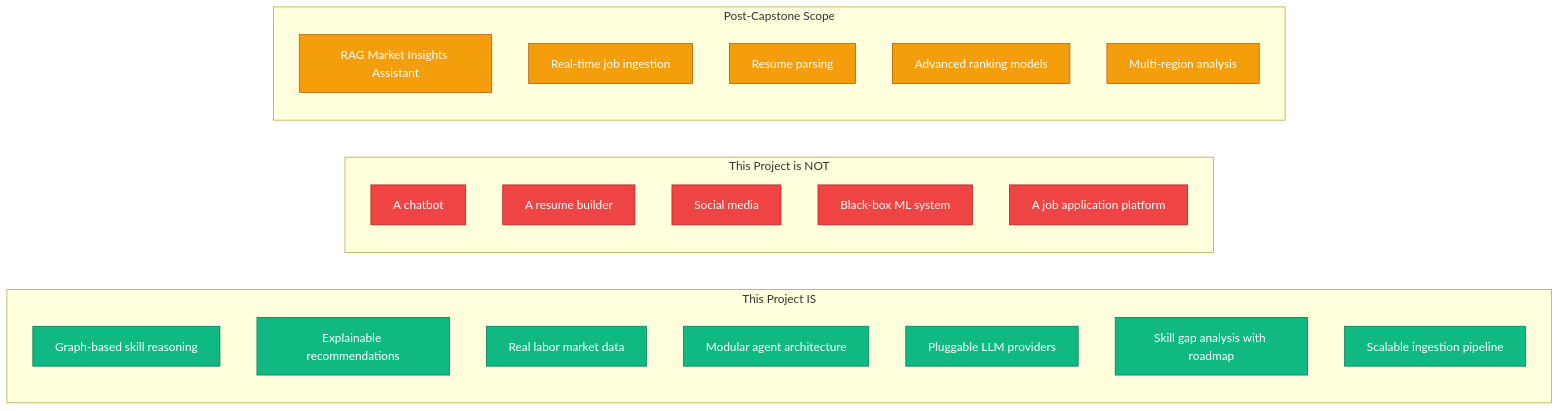
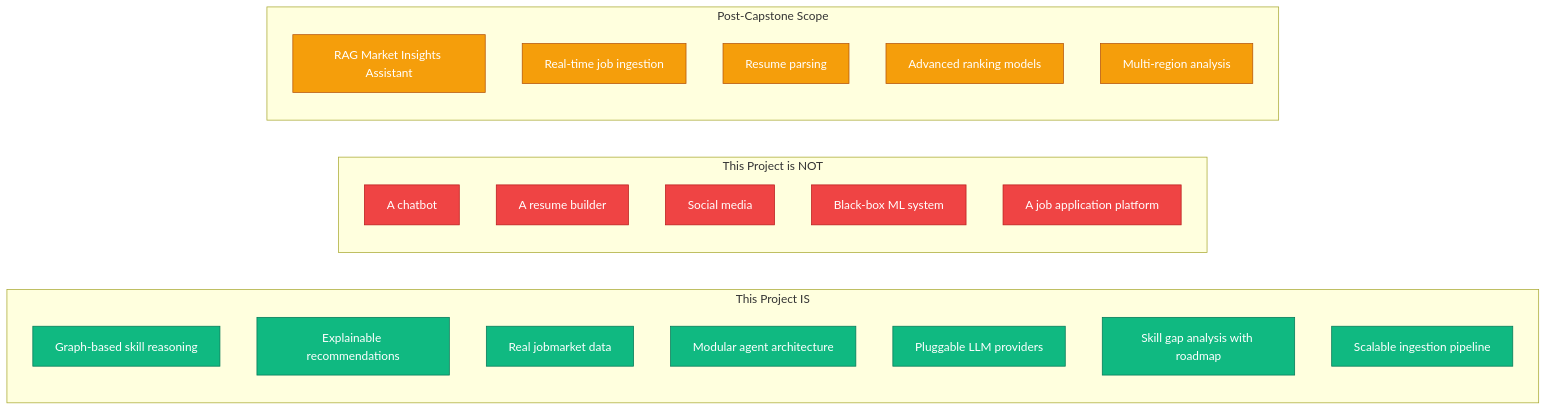
Before and after one commit to hshanto707/career-graph: the first of 26 diagrams in docs/system-design.md, drawn with Mermaid. The commit also changed other lines of this file and 67 other files, not shown here.

````diff
--- a/docs/system-design.md
+++ b/docs/system-design.md
@@ -73,32 +76,32 @@
 ```mermaid
 graph LR
     classDef yes  fill:#10B981,stroke:#047857,color:#fff
     classDef no   fill:#EF4444,stroke:#B91C1C,color:#fff
     classDef post fill:#F59E0B,stroke:#B45309,color:#fff
 
     subgraph IS["This Project IS"]
         Y1[Graph-based skill reasoning]:::yes
         Y2[Explainable recommendations]:::yes
-        Y3[Real labor market data]:::yes
+        Y3[Real jobmarket data]:::yes
         Y4[Modular agent architecture]:::yes
         Y5[Pluggable LLM providers]:::yes
         Y6[Skill gap analysis with roadmap]:::yes
         Y7[Scalable ingestion pipeline]:::yes
     end
 
     subgraph ISNOT["This Project is NOT"]
         N1[A chatbot]:::no
         N2[A resume builder]:::no
         N3[Social media]:::no
         N4[Black-box ML system]:::no
         N5[A job application platform]:::no
     end
 
     subgraph FUTURE["Post-Capstone Scope"]
         P1[RAG Market Insights Assistant]:::post
         P2[Real-time job ingestion]:::post
         P3[Resume parsing]:::post
         P4[Advanced ranking models]:::post
         P5[Multi-region analysis]:::post
     end
 ```
````
